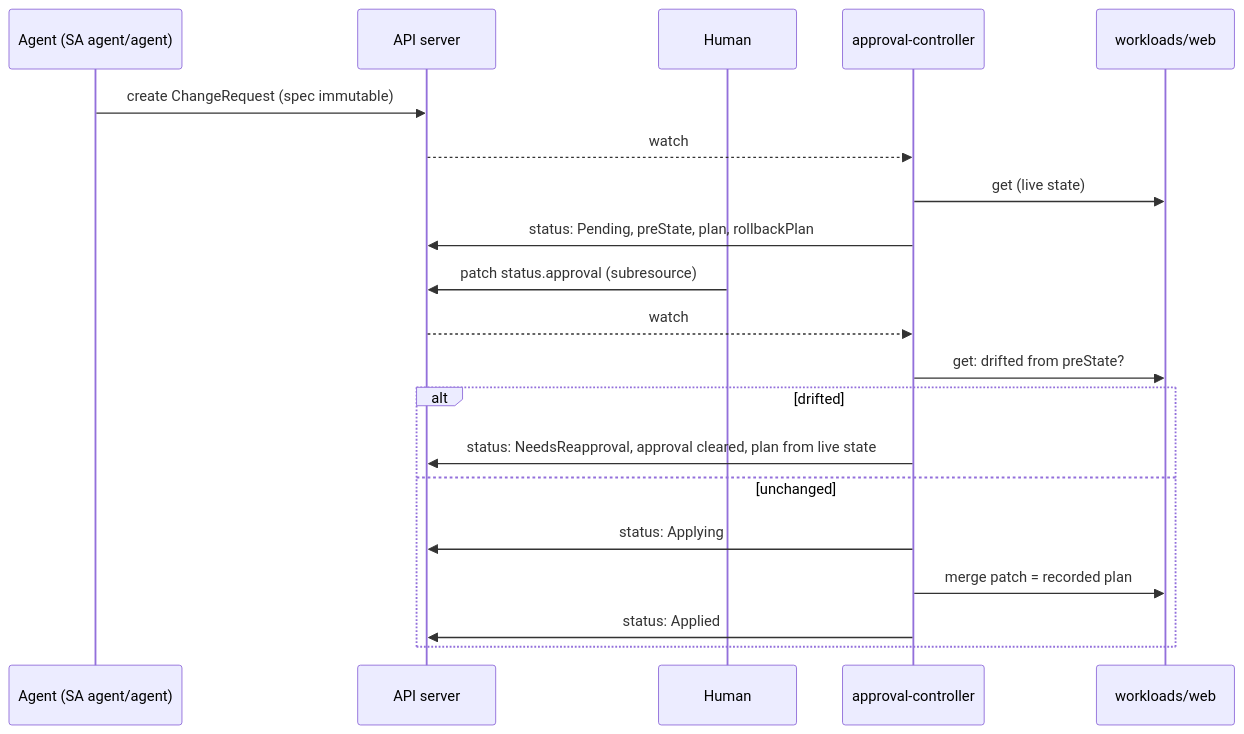
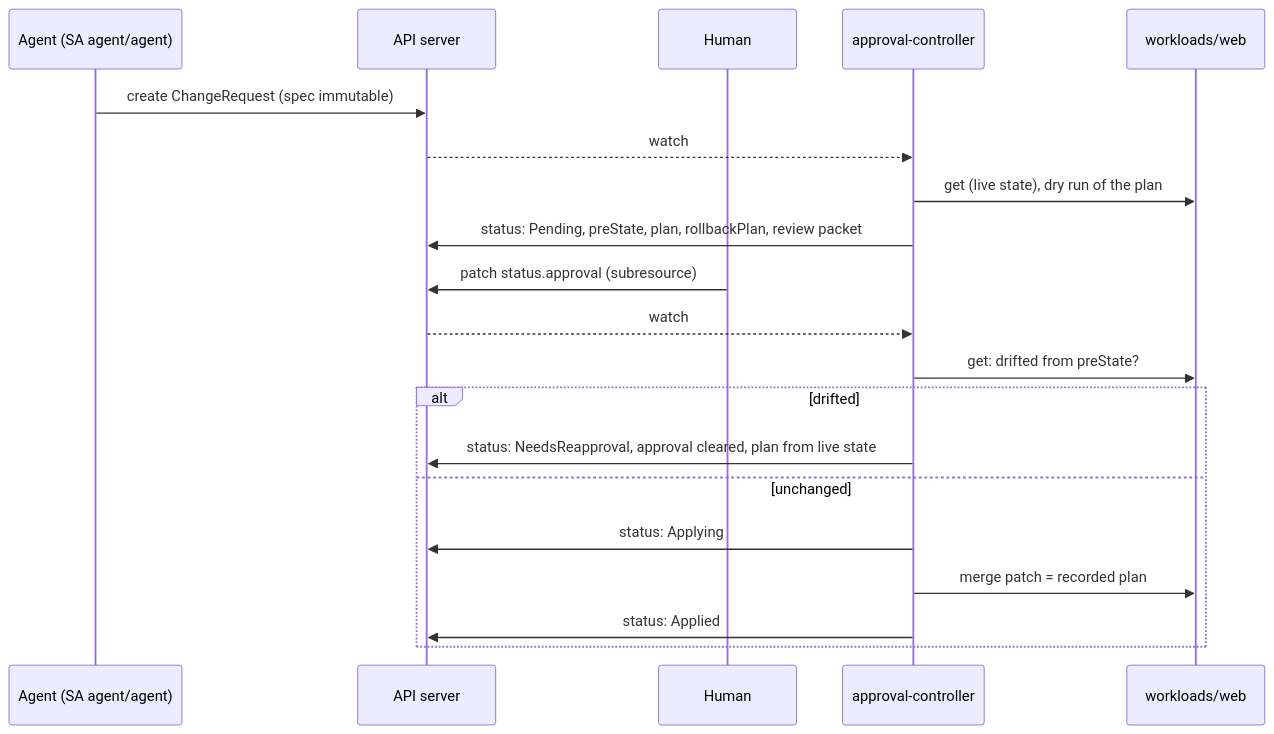
The diagram in projects/02-approval-gate/README.md (billykong/safe-ops-agent-k8s), drawn with Mermaid before and after one commit. The commit also changed other lines of this file and 23 other files, not shown here.

First line of the commit message:
P2 milestone 6: computed review packet and oversight metrics (P2-40, P2-42)

````diff
--- a/projects/02-approval-gate/README.md
+++ b/projects/02-approval-gate/README.md
@@ -18,22 +18,22 @@
 ```mermaid
 sequenceDiagram
   participant A as Agent (SA agent/agent)
   participant K as API server
   participant H as Human
   participant C as approval-controller
   participant W as workloads/web
   A->>K: create ChangeRequest (spec immutable)
   K-->>C: watch
-  C->>W: get (live state)
-  C->>K: status: Pending, preState, plan, rollbackPlan
+  C->>W: get (live state), dry run of the plan
+  C->>K: status: Pending, preState, plan, rollbackPlan, review packet
   H->>K: patch status.approval (subresource)
   K-->>C: watch
   C->>W: get: drifted from preState?
   alt drifted
     C->>K: status: NeedsReapproval, approval cleared, plan from live state
   else unchanged
     C->>K: status: Applying
     C->>W: merge patch = recorded plan
     C->>K: status: Applied
   end
 ```
````
